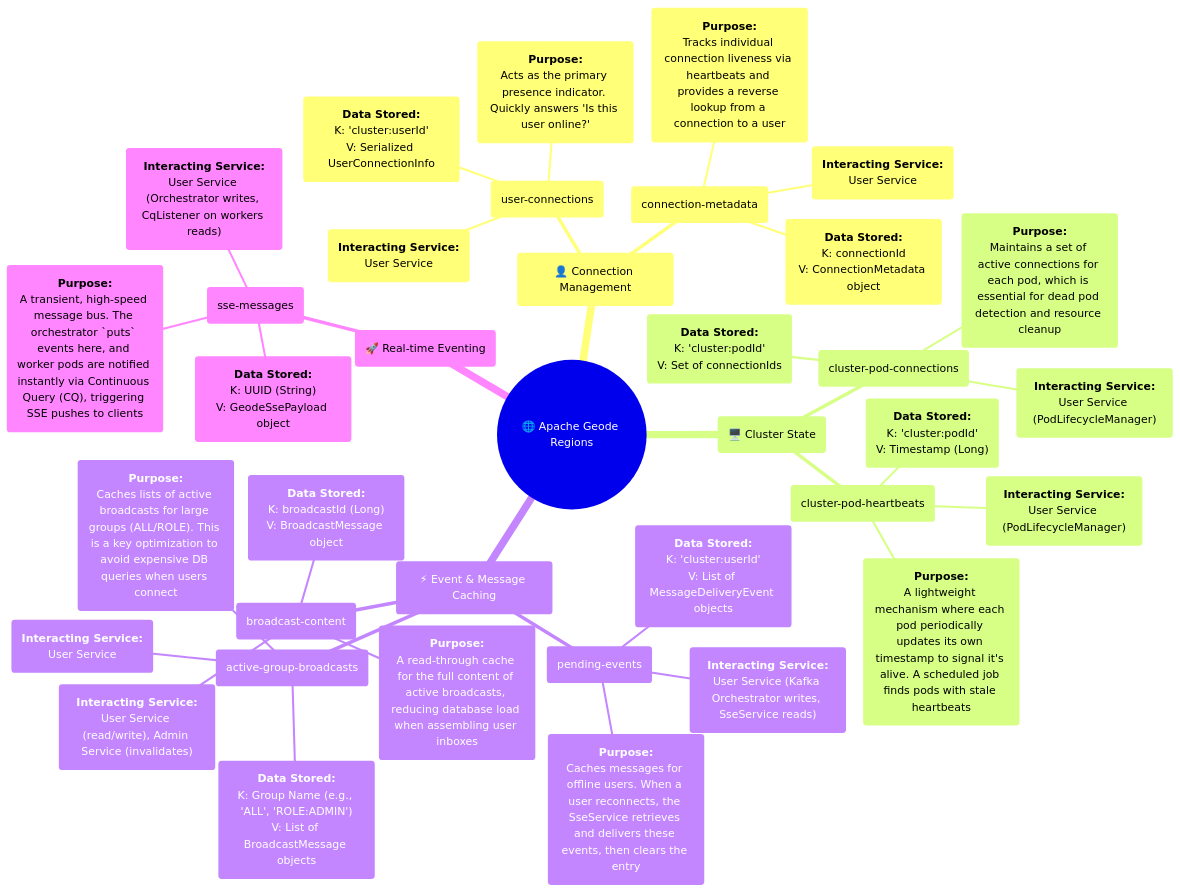
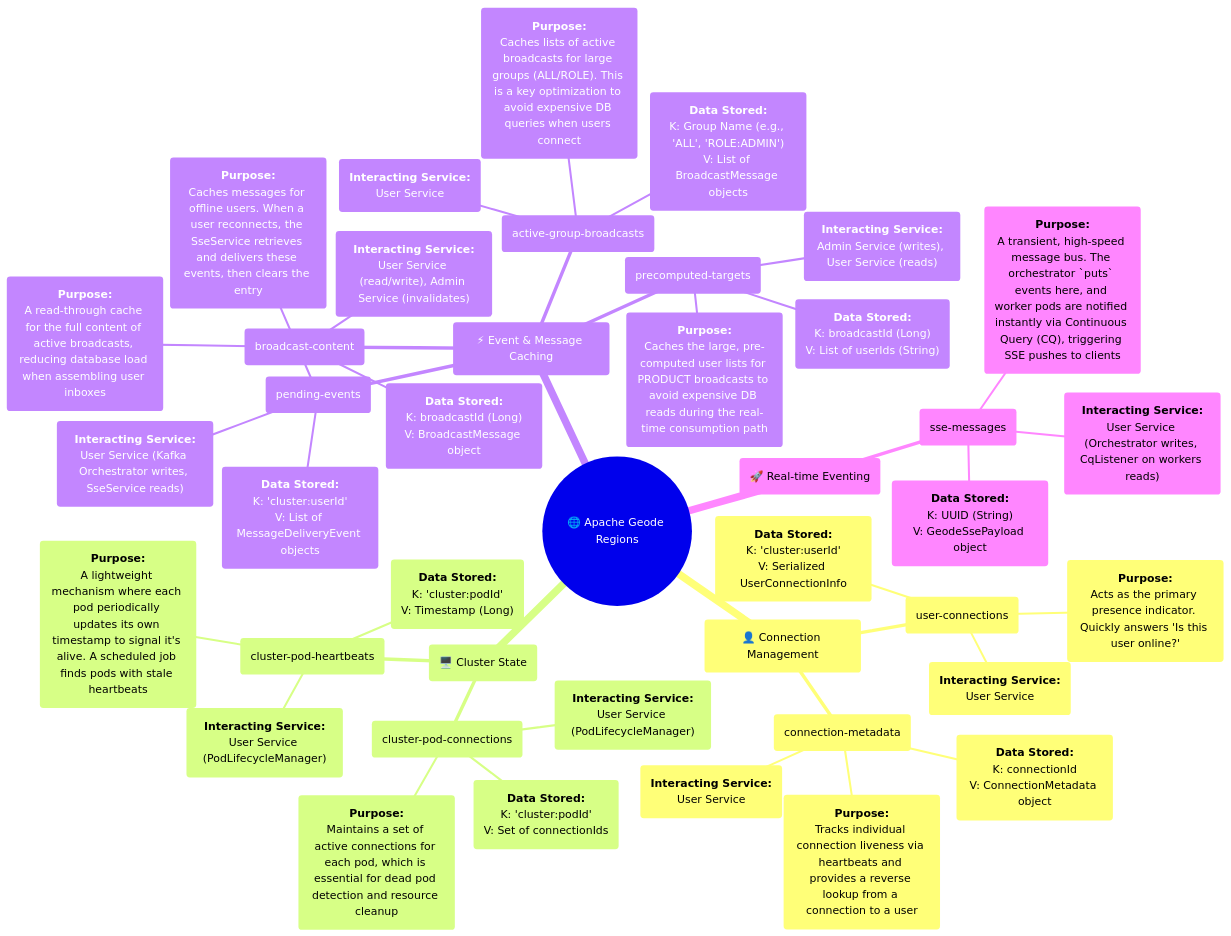
One commit to rsrini7/Notification-SSE-GLM-Flux changed the diagram in MermaidDiagrams/mindmap-geode-regions.mmd. Above: the diagram before and after it, drawn with Mermaid. The commit also changed 1 other file, not shown here.

Commit message:
refactor(broadcast): improve target user determination logic
- Replace string comparisons with type-safe enum and switch expression
- Add error handling for unknown target types
- Maintain same functionality while improving code clarity

```diff
--- a/MermaidDiagrams/mindmap-geode-regions.mmd
+++ b/MermaidDiagrams/mindmap-geode-regions.mmd
@@ -1,45 +1,49 @@
 mindmap
   root(("🌐 Apache Geode Regions"))
     %% Connection & Presence Management
     ("👤 Connection Management")
       ("user-connections")
         ("<b>Data Stored:</b><br/>K: 'cluster:userId'<br/>V: Serialized UserConnectionInfo")
         ("<b>Purpose:</b><br/>Acts as the primary presence indicator. Quickly answers 'Is this user online?'")
         ("<b>Interacting Service:</b><br/>User Service")
       ("connection-metadata")
         ("<b>Data Stored:</b><br/>K: connectionId<br/>V: ConnectionMetadata object")
         ("<b>Purpose:</b><br/>Tracks individual connection liveness via heartbeats and provides a reverse lookup from a connection to a user")
         ("<b>Interacting Service:</b><br/>User Service")
 
     %% Cluster State Management
     ("🖥️ Cluster State")
       ("cluster-pod-connections")
         ("<b>Data Stored:</b><br/>K: 'cluster:podId'<br/>V: Set of connectionIds")
         ("<b>Purpose:</b><br/>Maintains a set of active connections for each pod, which is essential for dead pod detection and resource cleanup")
         ("<b>Interacting Service:</b><br/>User Service (PodLifecycleManager)")
       ("cluster-pod-heartbeats")
         ("<b>Data Stored:</b><br/>K: 'cluster:podId'<br/>V: Timestamp (Long)")
         ("<b>Purpose:</b><br/>A lightweight mechanism where each pod periodically updates its own timestamp to signal it's alive. A scheduled job finds pods with stale heartbeats")
         ("<b>Interacting Service:</b><br/>User Service (PodLifecycleManager)")
 
     %% Event & Message Caching
     ("⚡ Event & Message Caching")
       ("pending-events")
         ("<b>Data Stored:</b><br/>K: 'cluster:userId'<br/>V: List of MessageDeliveryEvent objects")
         ("<b>Purpose:</b><br/>Caches messages for offline users. When a user reconnects, the SseService retrieves and delivers these events, then clears the entry")
         ("<b>Interacting Service:</b><br/>User Service (Kafka Orchestrator writes, SseService reads)")
       ("broadcast-content")
         ("<b>Data Stored:</b><br/>K: broadcastId (Long)<br/>V: BroadcastMessage object")
         ("<b>Purpose:</b><br/>A read-through cache for the full content of active broadcasts, reducing database load when assembling user inboxes")
         ("<b>Interacting Service:</b><br/>User Service (read/write), Admin Service (invalidates)")
       ("active-group-broadcasts")
         ("<b>Data Stored:</b><br/>K: Group Name (e.g., 'ALL', 'ROLE:ADMIN')<br/>V: List of BroadcastMessage objects")
         ("<b>Purpose:</b><br/>Caches lists of active broadcasts for large groups (ALL/ROLE). This is a key optimization to avoid expensive DB queries when users connect")
         ("<b>Interacting Service:</b><br/>User Service")
+      ("precomputed-targets")
+        ("<b>Data Stored:</b><br/>K: broadcastId (Long)<br/>V: List of userIds (String)")
+        ("<b>Purpose:</b><br/>Caches the large, pre-computed user lists for PRODUCT broadcasts to avoid expensive DB reads during the real-time consumption path")
+        ("<b>Interacting Service:</b><br/>Admin Service (writes), User Service (reads)")
 
     %% Intra-Cluster Eventing
     ("🚀 Real-time Eventing")
       ("sse-messages")
         ("<b>Data Stored:</b><br/>K: UUID (String)<br/>V: GeodeSsePayload object")
         ("<b>Purpose:</b><br/>A transient, high-speed message bus. The orchestrator `puts` events here, and worker pods are notified instantly via Continuous Query (CQ), triggering SSE pushes to clients")
         ("<b>Interacting Service:</b><br/>User Service (Orchestrator writes, CqListener on workers reads)")
```
